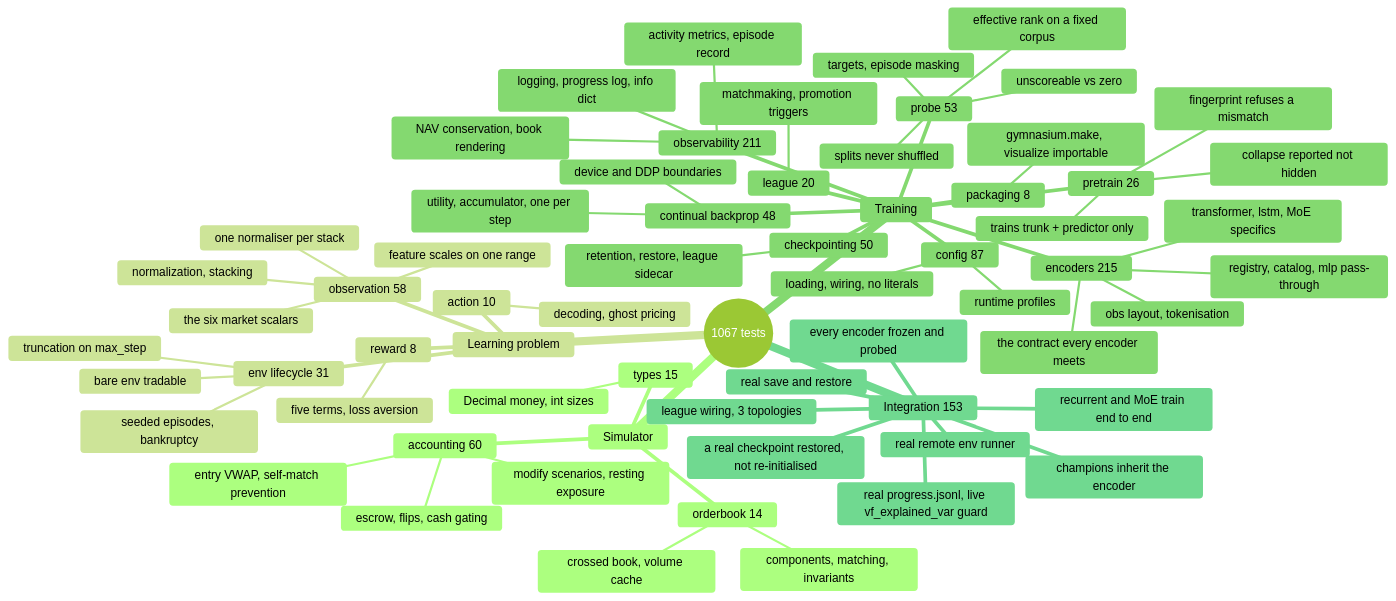
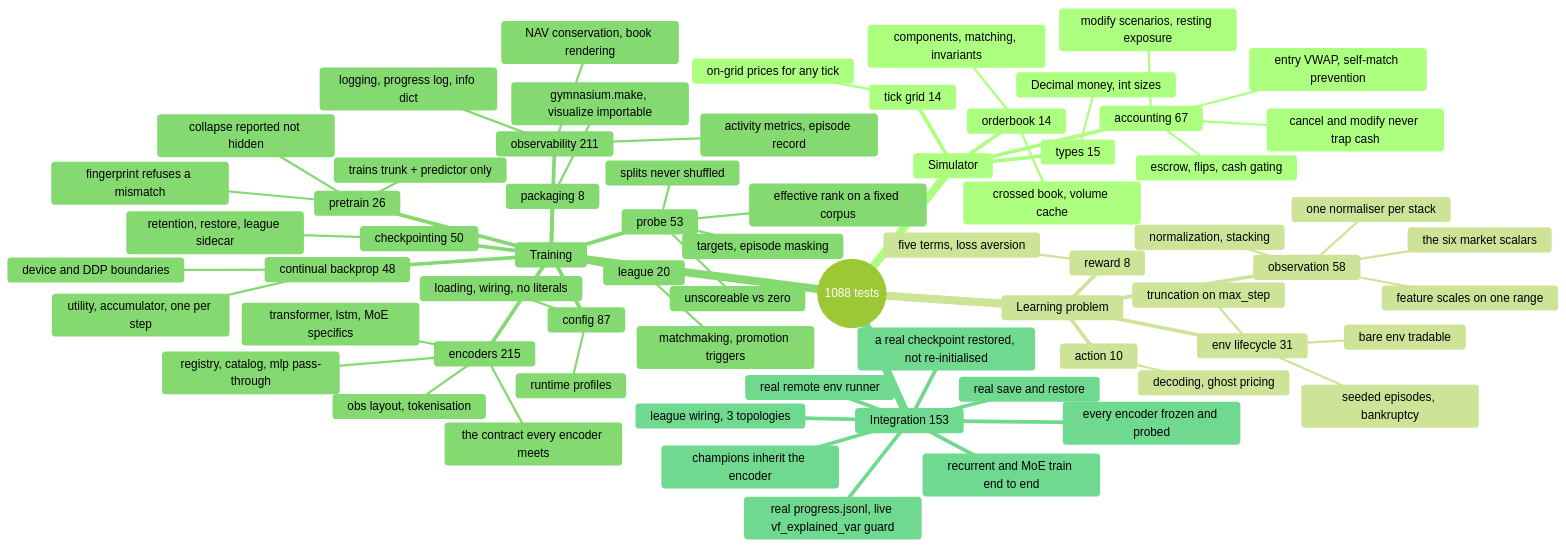
One commit to ChuaCheowHuan/gym-continuousDoubleAuction changed the diagram in doc/10_testing.md. Above: the diagram before and after it, drawn with Mermaid (forest theme). The commit also changed other lines of this file and 19 other files, not shown here.

First line of the commit message:
Let a committed trader cancel, and keep action prices on the tick grid

````diff
--- a/doc/10_testing.md
+++ b/doc/10_testing.md
@@ -120,68 +121,71 @@
 ```mermaid
 mindmap
-  root((1067 tests))
+  root((1088 tests))
     Simulator
       orderbook 14
         components, matching, invariants
         crossed book, volume cache
-      accounting 60
+      accounting 67
         escrow, flips, cash gating
+        cancel and modify never trap cash
         modify scenarios, resting exposure
         entry VWAP, self-match prevention
       types 15
         Decimal money, int sizes
+      tick grid 14
+        on-grid prices for any tick
     Learning problem
       observation 58
         normalization, stacking
         one normaliser per stack
         the six market scalars
         feature scales on one range
       action 10
         decoding, ghost pricing
       reward 8
         five terms, loss aversion
       env lifecycle 31
         bare env tradable
         truncation on max_step
         seeded episodes, bankruptcy
     Training
       config 87
         loading, wiring, no literals
         runtime profiles
       checkpointing 50
         retention, restore, league sidecar
       league 20
         matchmaking, promotion triggers
       encoders 215
         registry, catalog, mlp pass-through
         obs layout, tokenisation
         the contract every encoder meets
         transformer, lstm, MoE specifics
       observability 211
         logging, progress log, info dict
         activity metrics, episode record
         NAV conservation, book rendering
       probe 53
         targets, episode masking
         splits never shuffled
         unscoreable vs zero
         effective rank on a fixed corpus
       pretrain 26
         trains trunk + predictor only
         collapse reported not hidden
         fingerprint refuses a mismatch
       continual backprop 48
         utility, accumulator, one per step
         device and DDP boundaries
       packaging 8
         gymnasium.make, visualize importable
     Integration 153
       league wiring, 3 topologies
       real save and restore
       real progress.jsonl, live vf_explained_var guard
       real remote env runner
       champions inherit the encoder
       recurrent and MoE train end to end
       every encoder frozen and probed
       a real checkpoint restored, not re-initialised
 ```
````
